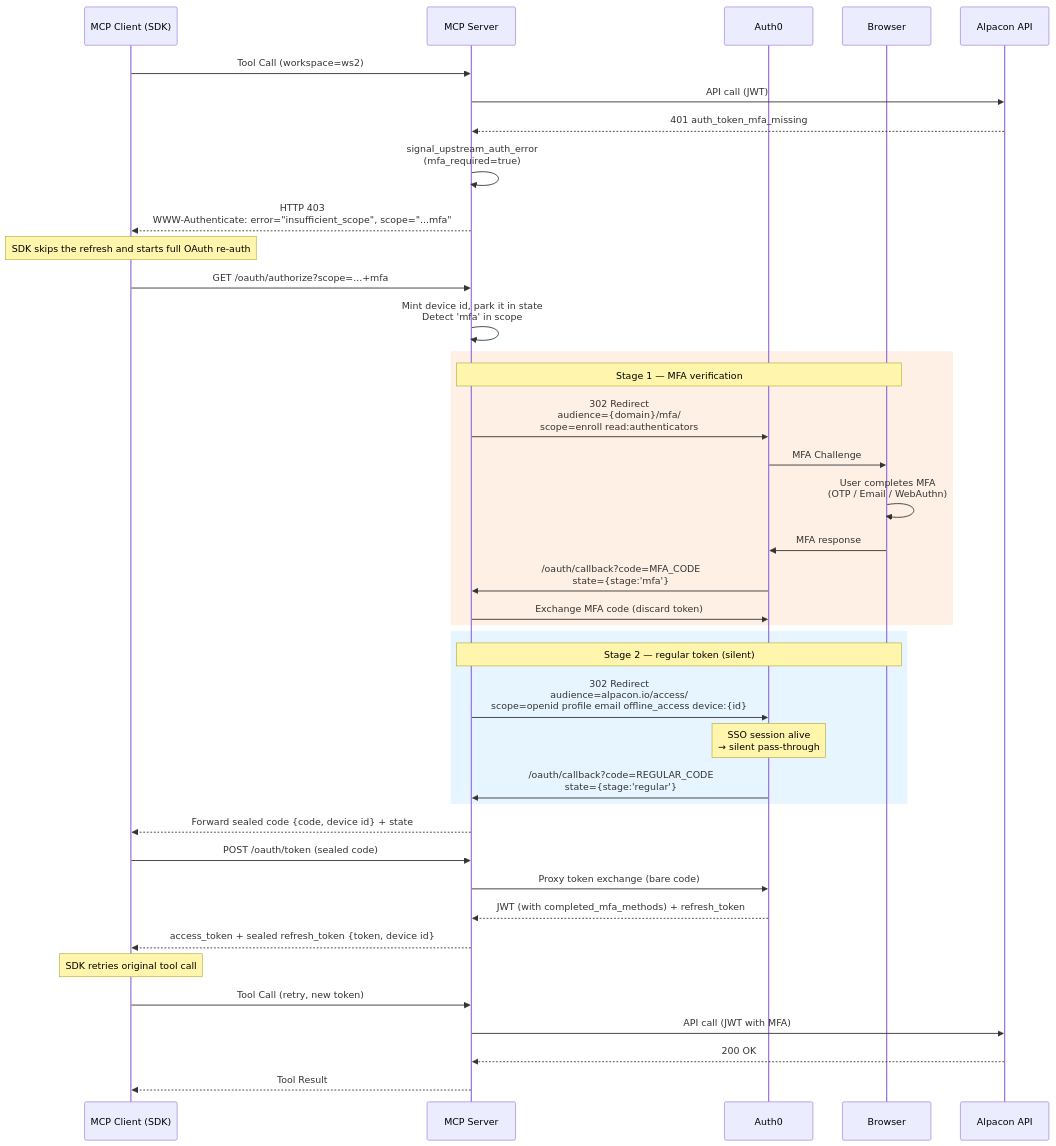
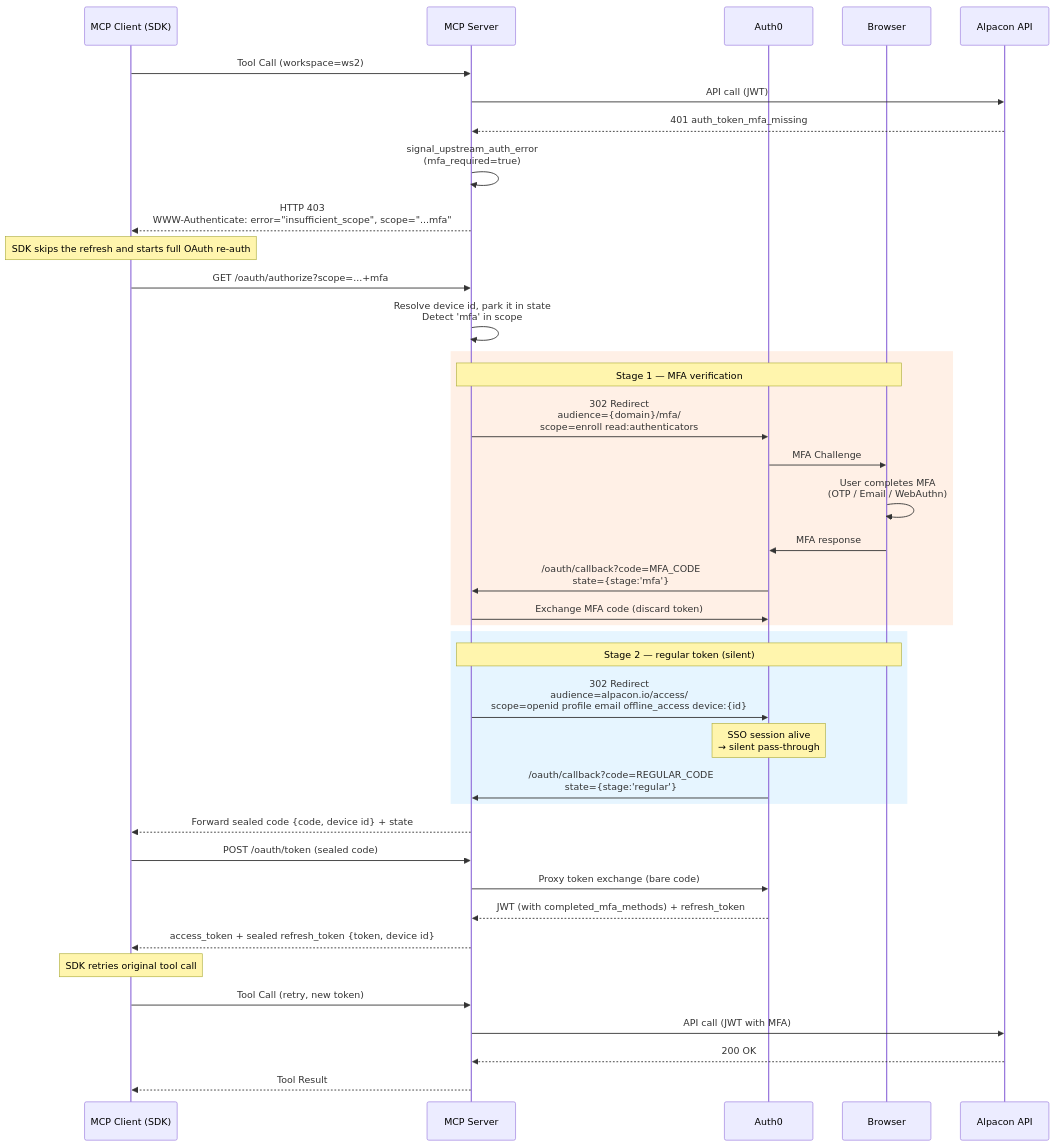
Before and after one commit to alpacax/alpacon-mcp: the fourth of 4 diagrams in docs/mfa-reauth-flow.md, drawn with Mermaid. The commit also changed other lines of this file and 7 other files, not shown here.

````diff
--- a/docs/mfa-reauth-flow.md
+++ b/docs/mfa-reauth-flow.md
@@ -100,50 +100,50 @@
 ```mermaid
 sequenceDiagram
     participant C as MCP Client (SDK)
     participant S as MCP Server
     participant A0 as Auth0
     participant B as Browser
     participant API as Alpacon API
 
     C->>S: Tool Call (workspace=ws2)
     S->>API: API call (JWT)
     API-->>S: 401 auth_token_mfa_missing
 
     S->>S: signal_upstream_auth_error<br/>(mfa_required=true)
     S-->>C: HTTP 403<br/>WWW-Authenticate: error="insufficient_scope", scope="...mfa"
 
     Note over C: SDK skips the refresh and starts full OAuth re-auth
 
     C->>S: GET /oauth/authorize?scope=...+mfa
-    S->>S: Mint device id, park it in state<br/>Detect 'mfa' in scope
+    S->>S: Resolve device id, park it in state<br/>Detect 'mfa' in scope
 
     rect rgb(255, 240, 230)
         Note over S,B: Stage 1 — MFA verification
         S->>A0: 302 Redirect<br/>audience={domain}/mfa/<br/>scope=enroll read:authenticators
         A0->>B: MFA Challenge
         B->>B: User completes MFA<br/>(OTP / Email / WebAuthn)
         B->>A0: MFA response
         A0->>S: /oauth/callback?code=MFA_CODE<br/>state={stage:'mfa'}
         S->>A0: Exchange MFA code (discard token)
     end
 
     rect rgb(230, 245, 255)
         Note over S,B: Stage 2 — regular token (silent)
         S->>A0: 302 Redirect<br/>audience=alpacon.io/access/<br/>scope=openid profile email offline_access device:{id}
         Note over A0: SSO session alive<br/>→ silent pass-through
         A0->>S: /oauth/callback?code=REGULAR_CODE<br/>state={stage:'regular'}
     end
 
     S-->>C: Forward sealed code {code, device id} + state
     C->>S: POST /oauth/token (sealed code)
     S->>A0: Proxy token exchange (bare code)
     A0-->>S: JWT (with completed_mfa_methods) + refresh_token
     S-->>C: access_token + sealed refresh_token {token, device id}
 
     Note over C: SDK retries original tool call
 
     C->>S: Tool Call (retry, new token)
     S->>API: API call (JWT with MFA)
     API-->>S: 200 OK
     S-->>C: Tool Result
 ```
````
